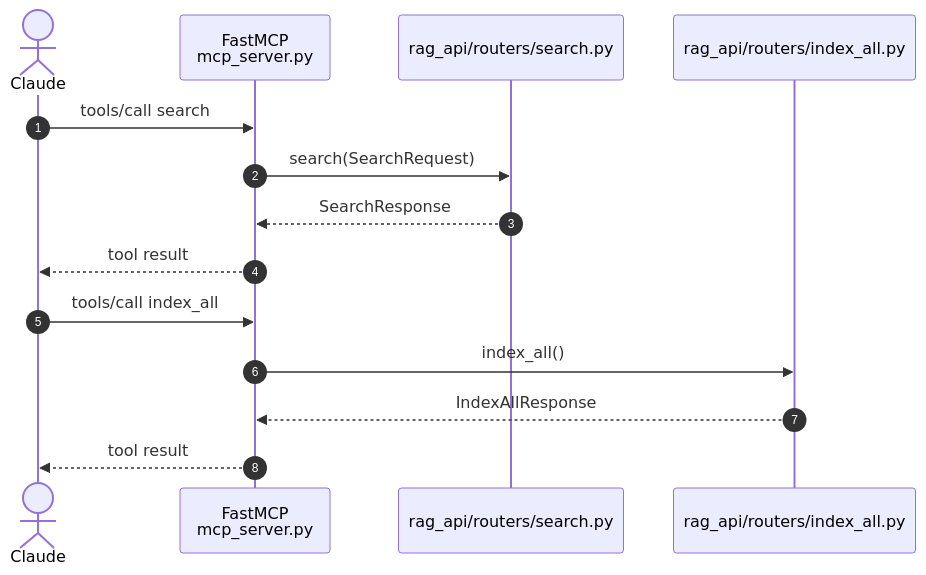
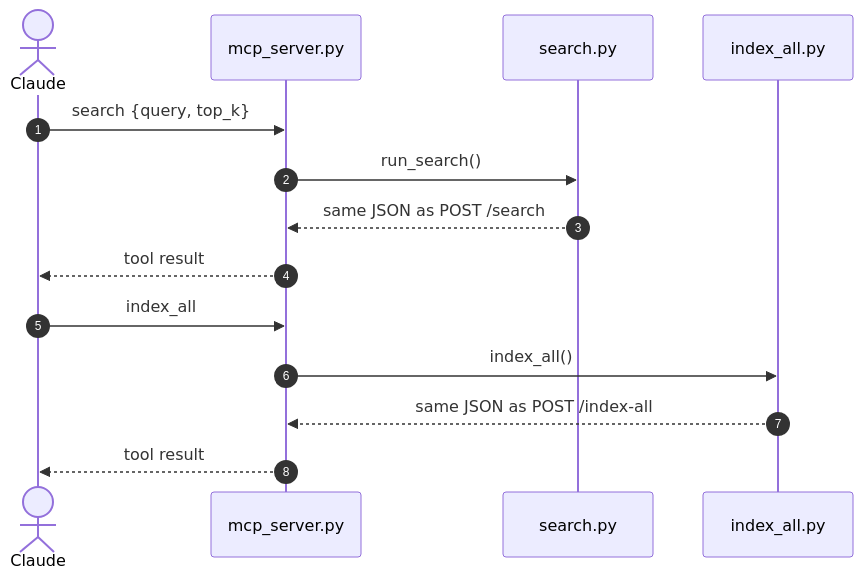
Before and after one commit to harshkumar1/startup-funding-rag: the third of 4 diagrams in impl/flow_diagram.md, drawn with Mermaid. The commit also changed other lines of this file and 9 other files, not shown here.

Commit message:
fixing reranking and flow diagrams

````diff
--- a/impl/flow_diagram.md
+++ b/impl/flow_diagram.md
@@ -152,18 +122,18 @@
 ```mermaid
 sequenceDiagram
     autonumber
     actor Claude
-    participant MCP as FastMCP<br/>mcp_server.py
-    participant SearchAPI as rag_api/routers/search.py
-    participant IndexAPI as rag_api/routers/index_all.py
+    participant MCP as mcp_server.py
+    participant Search as search.py
+    participant Index as index_all.py
 
-    Claude->>MCP: tools/call search
-    MCP->>SearchAPI: search(SearchRequest)
-    SearchAPI-->>MCP: SearchResponse
+    Claude->>MCP: search {query, top_k}
+    MCP->>Search: run_search()
+    Search-->>MCP: same JSON as POST /search
     MCP-->>Claude: tool result
 
-    Claude->>MCP: tools/call index_all
-    MCP->>IndexAPI: index_all()
-    IndexAPI-->>MCP: IndexAllResponse
+    Claude->>MCP: index_all
+    MCP->>Index: index_all()
+    Index-->>MCP: same JSON as POST /index-all
     MCP-->>Claude: tool result
 ```
````
